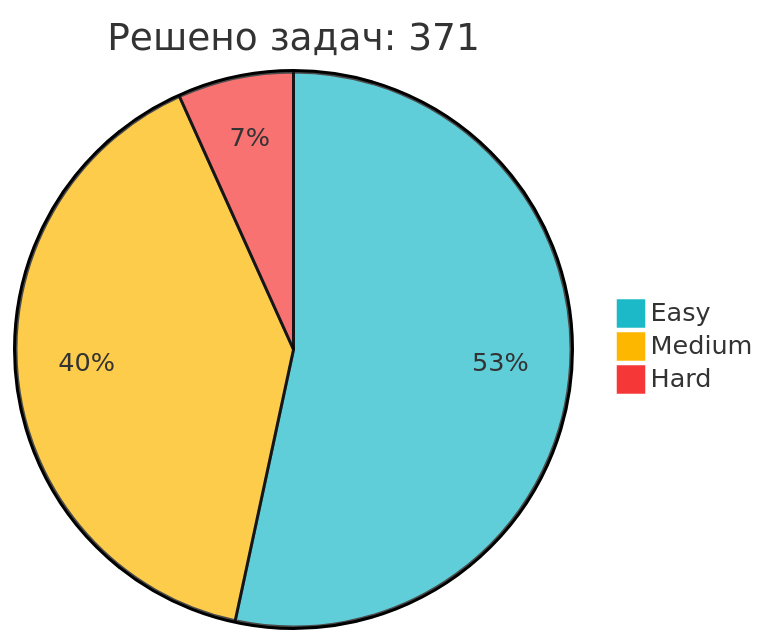
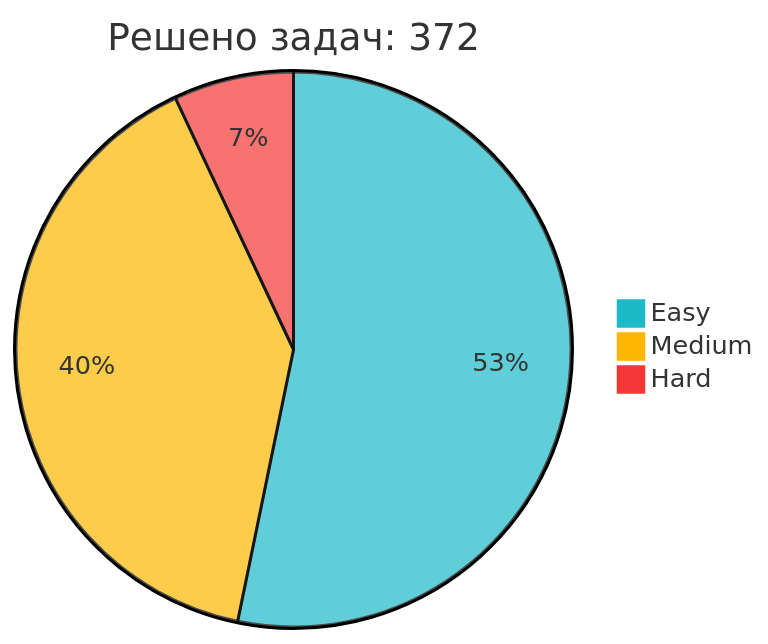
The diagram in README.md (IliaKurdukov/IliaKurdukov), drawn with Mermaid before and after one commit. The commit also changed other lines of this file, not shown here.

Commit message:
📈 Обновление статистики LeetCode

````diff
--- a/README.md
+++ b/README.md
@@ -51,7 +51,7 @@
 ```mermaid
 %%{init: {'theme': 'base', 'themeVariables': { 'pie1': '#1CBAC8', 'pie2': '#FEB700', 'pie3': '#F63737' }, 'config': {'width': 300, 'height': 200}}}%%
-pie title Решено задач: 371
+pie title Решено задач: 372
    "Easy" : 198
    "Medium" : 148
-   "Hard" : 25
+   "Hard" : 26
 ```
````
